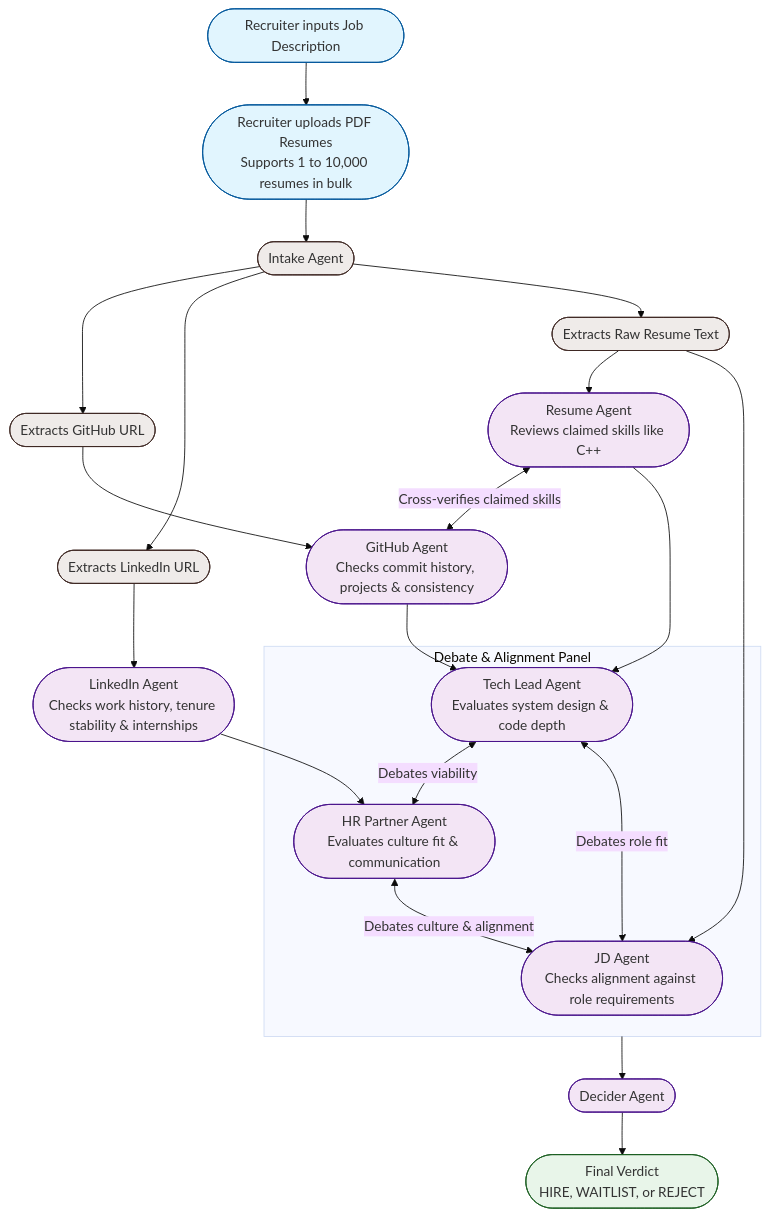
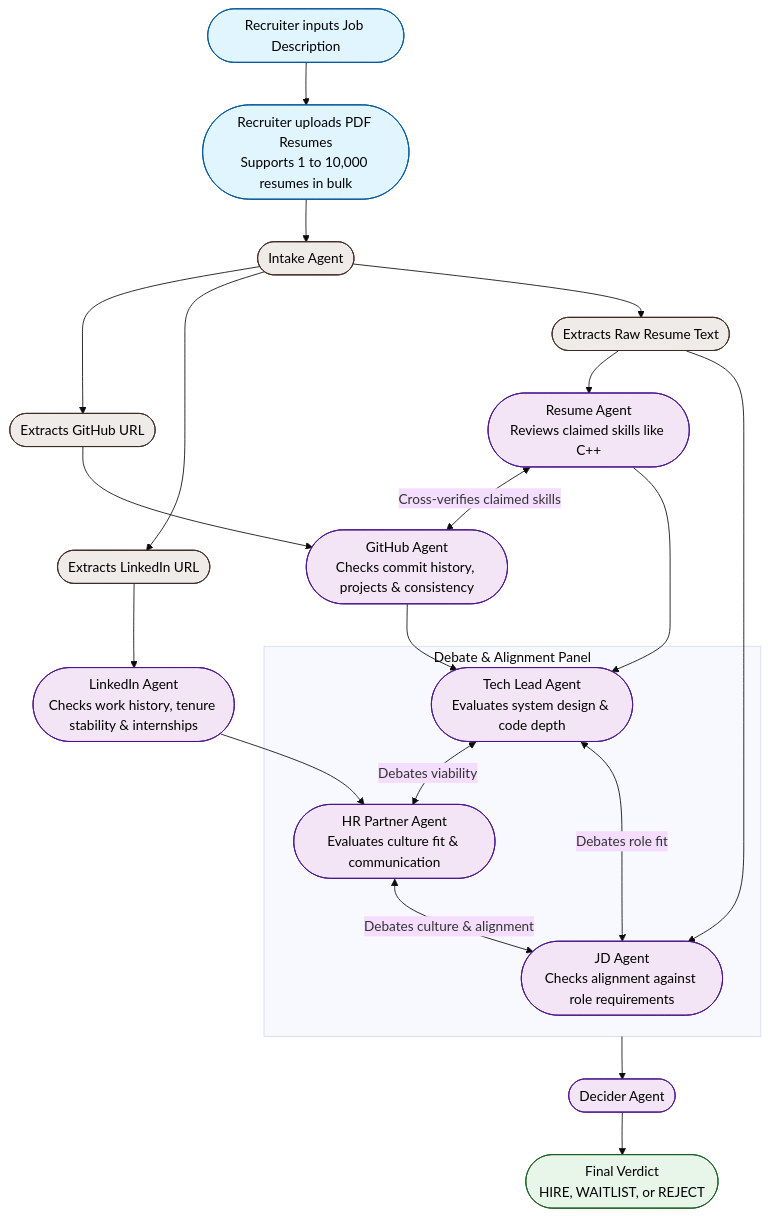
The diagram in README.md (Mahesh-Nandigam/HirePanel.Ai), drawn with Mermaid (base theme) before and after one commit.

Commit message:
style: fix text contrast in Mermaid diagram nodes for dark themes

````diff
--- a/README.md
+++ b/README.md
@@ -27,73 +27,73 @@
 ```mermaid
 flowchart TD
-    %% Define styles for clean appearance
-    classDef input fill:#e1f5fe,stroke:#01579b,stroke-width:1px;
-    classDef agent fill:#f3e5f5,stroke:#4a148c,stroke-width:1px;
-    classDef step fill:#efebe9,stroke:#3e2723,stroke-width:1px;
-    classDef output fill:#e8f5e9,stroke:#1b5e20,stroke-width:1px;
+    %% Define styles for clean appearance and high contrast text
+    classDef input fill:#e1f5fe,stroke:#01579b,stroke-width:1px,color:#000;
+    classDef agent fill:#f3e5f5,stroke:#4a148c,stroke-width:1px,color:#000;
+    classDef step fill:#efebe9,stroke:#3e2723,stroke-width:1px,color:#000;
+    classDef output fill:#e8f5e9,stroke:#1b5e20,stroke-width:1px,color:#000;
 
     %% 1. Inputs
     RecruiterJD([Recruiter inputs Job Description])
     RecruiterPDF([Recruiter uploads PDF Resumes<br/>Supports 1 to 10,000 resumes in bulk])
     
     RecruiterJD --> RecruiterPDF
 
     %% 2. Intake
     Intake([Intake Agent])
     RecruiterPDF --> Intake
 
     %% 3. Parsing & Routing
     ExtractGH([Extracts GitHub URL])
     ExtractLI([Extracts LinkedIn URL])
     ExtractTxt([Extracts Raw Resume Text])
 
     Intake --> ExtractGH
     Intake --> ExtractLI
     Intake --> ExtractTxt
 
     %% 4. Assessment Agents
     GHAgent([GitHub Agent<br/>Checks commit history, projects & consistency])
     LIAgent([LinkedIn Agent<br/>Checks work history, tenure stability & internships])
     ResAgent([Resume Agent<br/>Reviews claimed skills like C++])
     JDAgent([JD Agent<br/>Checks alignment against role requirements])
 
     ExtractGH --> GHAgent
     ExtractLI --> LIAgent
     ExtractTxt --> ResAgent
     ExtractTxt --> JDAgent
 
     %% Cross Verification Loop
     ResAgent <-->|Cross-verifies claimed skills| GHAgent
 
     %% 5. Debate Panel
     TechLead([Tech Lead Agent<br/>Evaluates system design & code depth])
     HRPartner([HR Partner Agent<br/>Evaluates culture fit & communication])
 
     GHAgent --> TechLead
     ResAgent --> TechLead
     LIAgent --> HRPartner
     
     %% Debate Panel Connection
     subgraph DebatePanel [Debate & Alignment Panel]
         JDAgent
         TechLead
         HRPartner
     end
 
     %% Debate Flow
     JDAgent <-->|Debates role fit| TechLead
     TechLead <-->|Debates viability| HRPartner
     HRPartner <-->|Debates culture & alignment| JDAgent
 
     %% 6. Verdict
     Decider([Decider Agent])
     Verdict([Final Verdict<br/>HIRE, WAITLIST, or REJECT])
 
     DebatePanel --> Decider
     Decider --> Verdict
 
     class RecruiterJD,RecruiterPDF input;
     class Intake,ExtractGH,ExtractLI,ExtractTxt step;
     class GHAgent,LIAgent,ResAgent,JDAgent,TechLead,HRPartner,Decider agent;
     class Verdict output;
 ```
````
